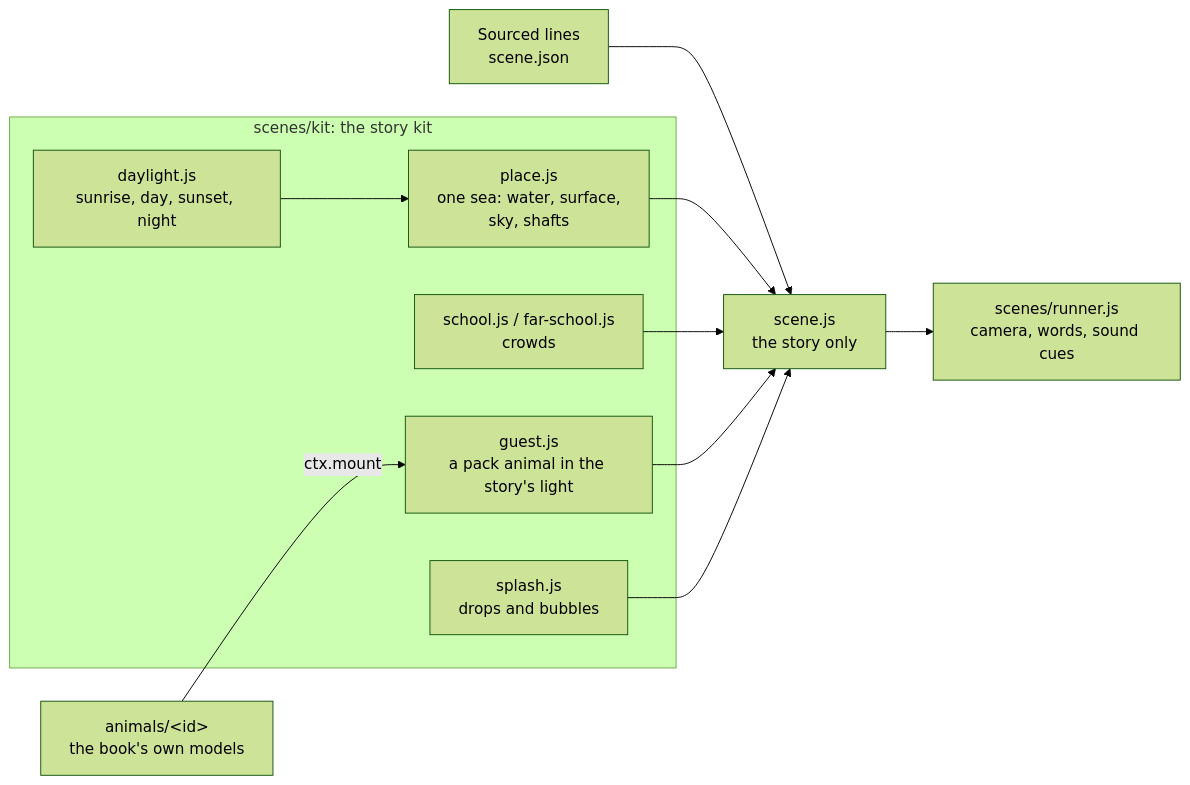
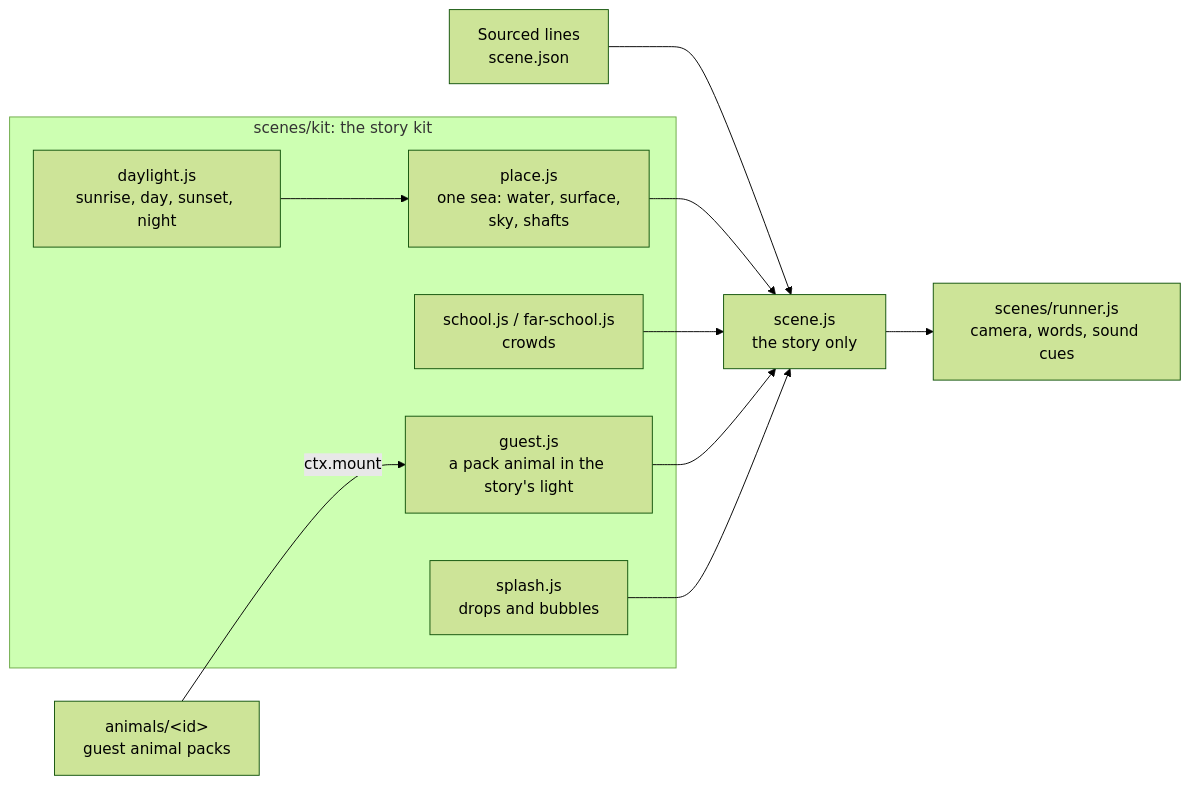
The diagram in docs/STORIES.md (KeithMoc/big-blue-tales), drawn with Mermaid (forest theme) before and after one commit. The commit also changed other lines of this file and 54 other files, not shown here.

````diff
--- a/docs/STORIES.md
+++ b/docs/STORIES.md
@@ -13,18 +10,18 @@
 ```mermaid
 flowchart LR
   facts[Sourced lines<br/>scene.json] --> scene[scene.js<br/>the story only]
   subgraph kit[scenes/kit: the story kit]
     place[place.js<br/>one sea: water, surface,<br/>sky, shafts]
     day[daylight.js<br/>sunrise, day, sunset, night]
     school[school.js / far-school.js<br/>crowds]
     guest[guest.js<br/>a pack animal in the story's light]
     splash[splash.js<br/>drops and bubbles]
     day --> place
   end
   place --> scene
   school --> scene
   guest --> scene
   splash --> scene
-  packs[animals/&lt;id&gt;<br/>the book's own models] -- ctx.mount --> guest
+  packs[animals/&lt;id&gt;<br/>guest animal packs] -- ctx.mount --> guest
   scene --> runner[scenes/runner.js<br/>camera, words, sound cues]
 ```
````
